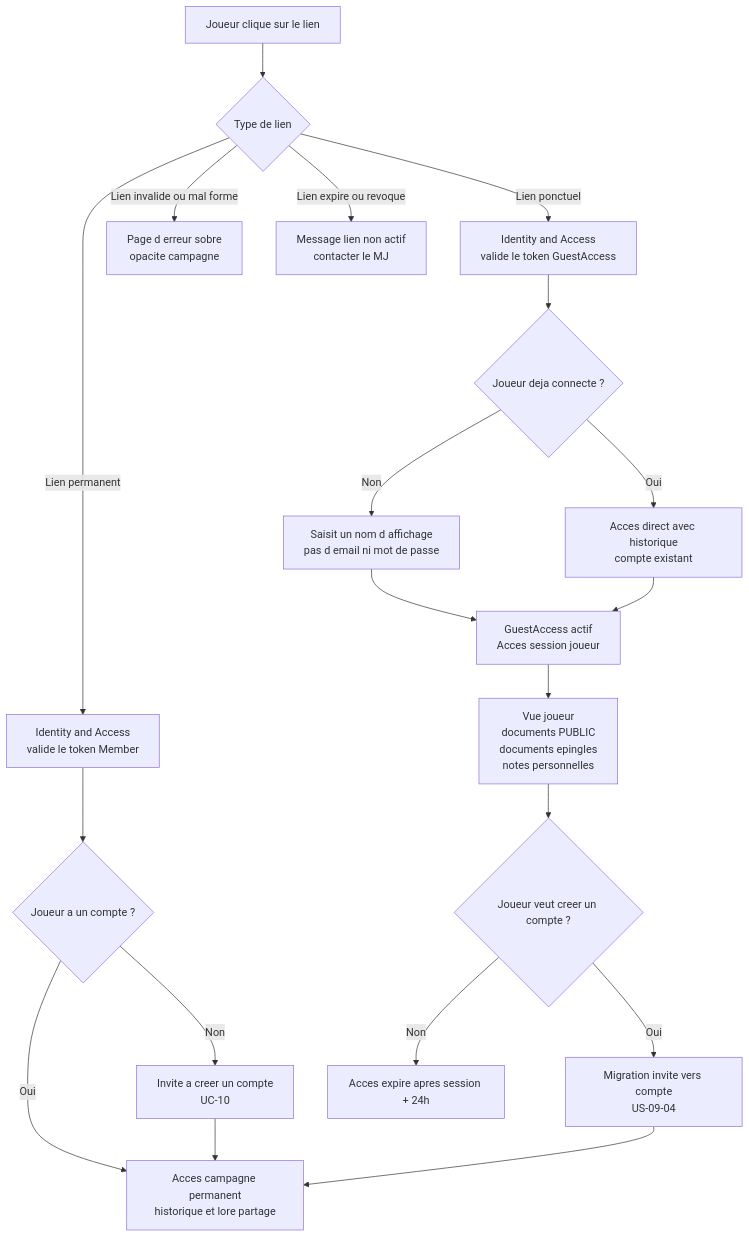
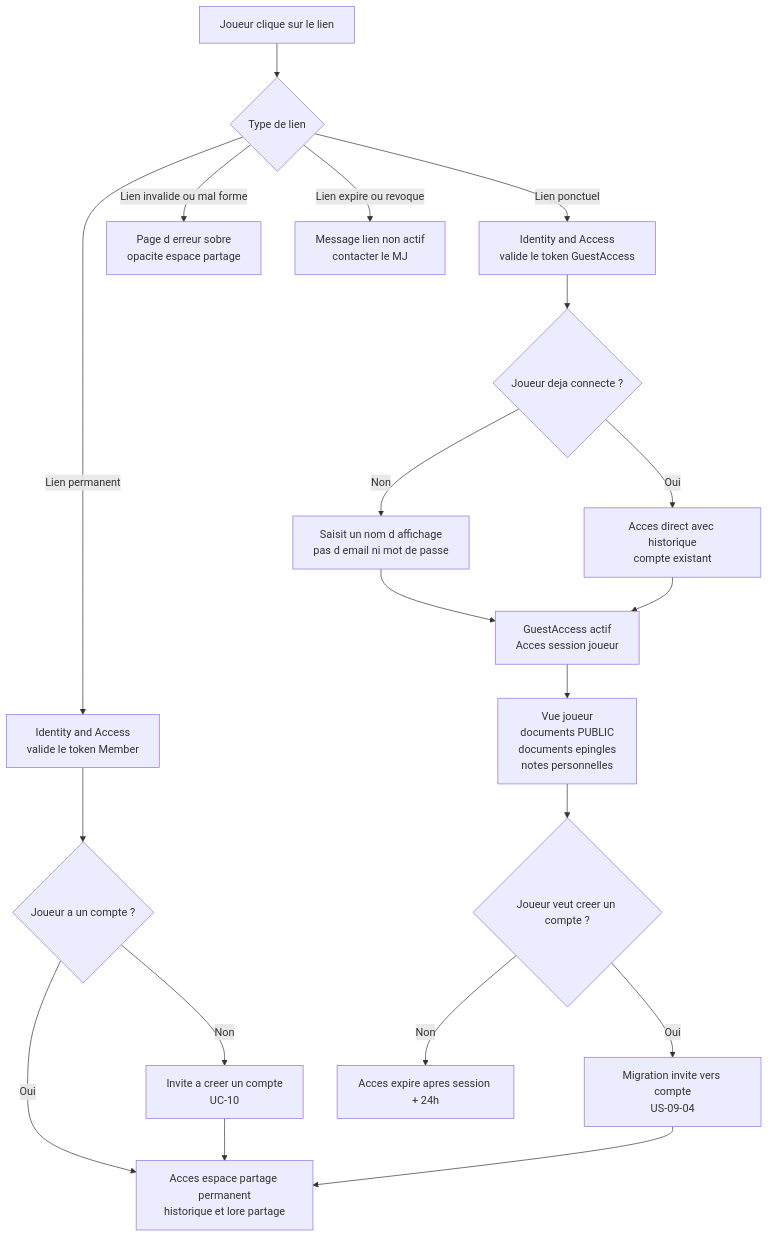
The first of 2 diagrams in docs/conception/besoin/user-stories/US-UC-09-acces-session-joueur.md (2025-10-CDA-ECO-P6/PM-micro-saas), drawn with Mermaid before and after one commit. The commit also changed other lines of this file and 140 other files, not shown here.

````diff
--- a/docs/conception/besoin/user-stories/US-UC-09-acces-session-joueur.md
+++ b/docs/conception/besoin/user-stories/US-UC-09-acces-session-joueur.md
@@ -50,28 +50,28 @@
 ```mermaid
 flowchart TD
     A[Joueur clique sur le lien] --> B{Type de lien}
 
     B -->|Lien ponctuel| C[Identity and Access\nvalide le token GuestAccess]
     B -->|Lien permanent| D[Identity and Access\nvalide le token Member]
-    B -->|Lien invalide ou mal forme| E[Page d erreur sobre\nopacite campagne]
+    B -->|Lien invalide ou mal forme| E[Page d erreur sobre\nopacite espace partage]
     B -->|Lien expire ou revoque| F[Message lien non actif\ncontacter le MJ]
 
     C --> G{Joueur deja connecte ?}
     G -->|Non| H[Saisit un nom d affichage\npas d email ni mot de passe]
     G -->|Oui| I[Acces direct avec historique\ncompte existant]
 
     H --> J[GuestAccess actif\nAcces session joueur]
     I --> J
 
     J --> K[Vue joueur\ndocuments PUBLIC\ndocuments epingles\nnotes personnelles]
 
     D --> L{Joueur a un compte ?}
-    L -->|Oui| M[Acces campagne permanent\nhistorique et lore partage]
+    L -->|Oui| M[Acces espace partage permanent\nhistorique et lore partage]
     L -->|Non| N[Invite a creer un compte\nUC-10]
     N --> M
 
     K --> O{Joueur veut creer un compte ?}
     O -->|Oui| P[Migration invite vers compte\nUS-09-04]
     P --> M
     O -->|Non| Q[Acces expire apres session + 24h]
 ```
````
